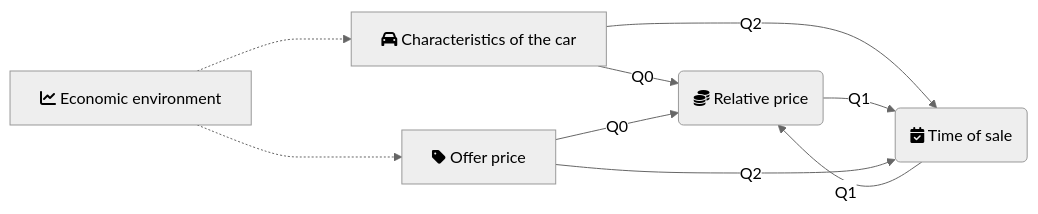
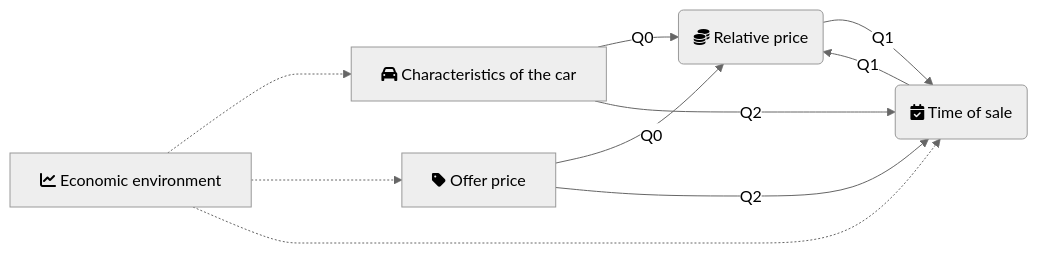
Before and after one commit to MarcellGranat/automobile-survival: the first of 2 diagrams in results.Rmd, drawn with Mermaid. The commit also changed other lines of this file and 3 other files, not shown here.

````diff
--- a/results.Rmd
+++ b/results.Rmd
@@ -13,18 +15,19 @@
 ```mermaid
 %%{init: {'theme': 'neutral' } }%%
 graph LR
-   A[fa:fa-car Characteristics of the car]
-   B[fa:fa-tag Offer price]
-   C(fa:fa-coins Relative price)
-   D(fa:fa-calendar-check Time of sale)
-   E[fa:fa-chart-line Economic environment]
+A[fa:fa-car Characteristics of the car]
+B[fa:fa-tag Offer price]
+C(fa:fa-coins Relative price)
+D(fa:fa-calendar-check Time of sale)
+E[fa:fa-chart-line Economic environment]
 
-   A -->|Q0| C
-   A -->|Q2| D
-   B -->|Q0| C
-   D -->|Q1| C
-   C -->|Q1| D
-   B -->|Q2| D
-   E -..-> A
-   E -..-> B
+A -->|Q0| C
+A -->|Q2| D
+B -->|Q0| C
+D -->|Q1| C
+C -->|Q1| D
+B -->|Q2| D
+E -..-> A
+E -..-> B
+E -..-> D
 ```
````
